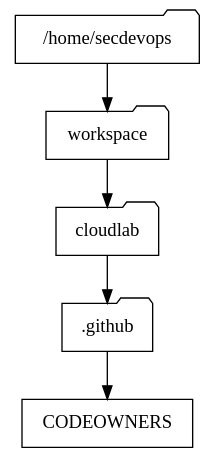
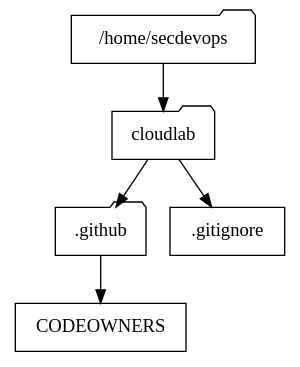
One commit to ajcborges/devsecops-tactical-workbook changed the second of 2 diagrams in docs/_source/revision.rst. Above: the diagram before and after it, drawn with Graphviz. The commit also changed other lines of this file and 18 other files, not shown here.

```diff
--- a/docs/_source/revision.rst
+++ b/docs/_source/revision.rst
@@ -185,15 +303,15 @@
 .. graphviz::
    :caption: Project Directory
    :align: center
 
    digraph folders {
       "/home/secdevops" [shape=folder];
-      "workspace" [shape=folder];
       "cloudlab" [shape=folder];
       ".github" [shape=folder];
       "CODEOWNERS" [shape=rectangle];
-      "/home/secdevops" -> "workspace";
-      "workspace" -> "cloudlab";
+      ".gitignore" [shape=rectangle];
+      "/home/secdevops" -> "cloudlab";
       "cloudlab" -> ".github";
       ".github" -> "CODEOWNERS";
+      "cloudlab" -> ".gitignore";
    }
```
